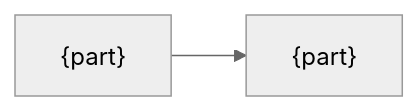
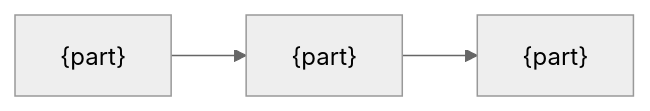
Before and after one commit to lovaizu/telldes: the first of 2 diagrams in .rn/templates/design.md, drawn with Mermaid (neutral theme). The commit also changed other lines of this file and 1 other file, not shown here.

Commit message:
docs: lighten the templates to three rules, Structure and Flow diagrams, and a decisions table

````diff
--- a/.rn/templates/design.md
+++ b/.rn/templates/design.md
@@ -53,4 +16,4 @@
 ```mermaid
 flowchart LR
-  A["{part}"] --> B["{part}"]
+  A["{part}"] --> B["{part}"] --> C["{part}"]
 ```
````
